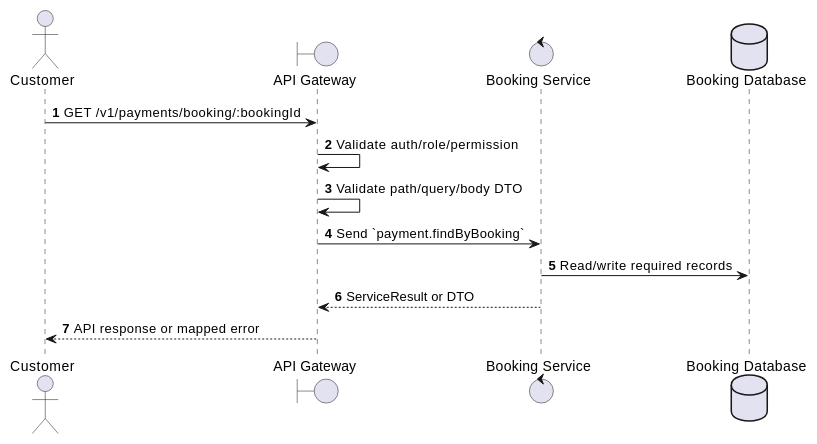
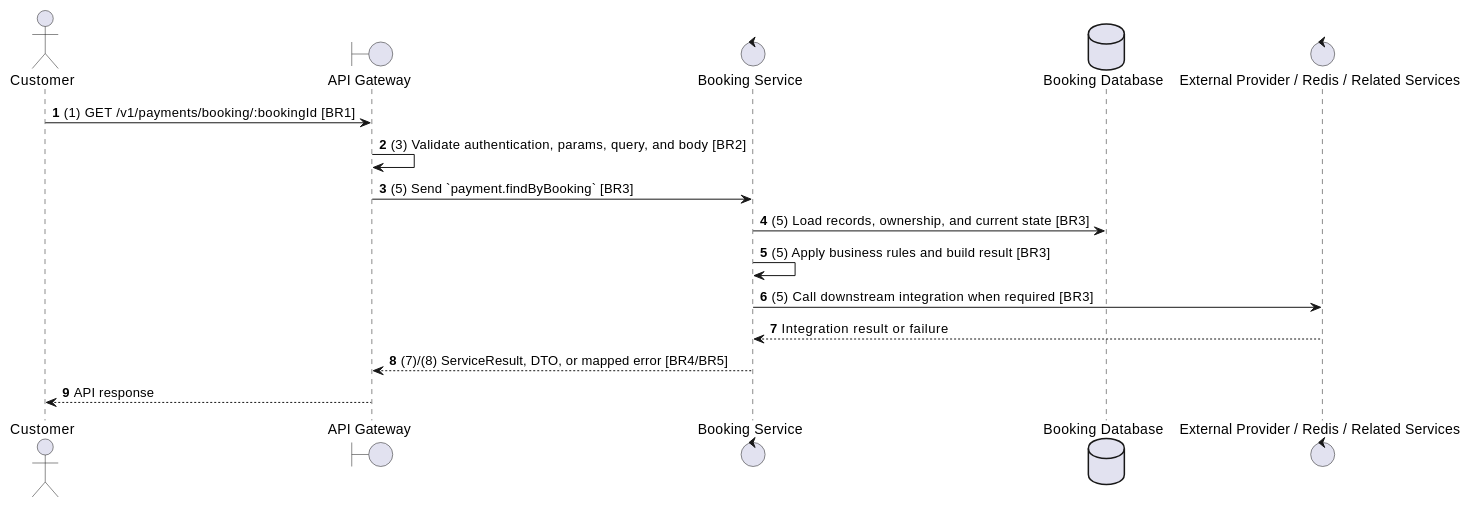
One commit to Tanh1603/movie-hub-architecture changed the second of 2 diagrams in docs/functional_specs/3.6_Payment_Transaction_Module/PY-03_Get_Payments_by_Booking.md. Above: the diagram before and after it, drawn with PlantUML. The commit also changed other lines of this file and 129 other files, not shown here.

````diff
--- a/docs/functional_specs/3.6_Payment_Transaction_Module/PY-03_Get_Payments_by_Booking.md
+++ b/docs/functional_specs/3.6_Payment_Transaction_Module/PY-03_Get_Payments_by_Booking.md
@@ -17,17 +64,20 @@
 ```plantuml
 @startuml
 autonumber
 actor "Customer" as Actor
 boundary "API Gateway" as GW
 control "Booking Service" as SVC
 database "Booking Database" as DB
+control "External Provider / Redis / Related Services" as EXT
 
-Actor -> GW: GET /v1/payments/booking/:bookingId
-GW -> GW: Validate auth/role/permission
-GW -> GW: Validate path/query/body DTO
-GW -> SVC: Send `payment.findByBooking`
-SVC -> DB: Read/write required records
-SVC --> GW: ServiceResult or DTO
-GW --> Actor: API response or mapped error
+Actor -> GW: (1) GET /v1/payments/booking/:bookingId [BR1]
+GW -> GW: (3) Validate authentication, params, query, and body [BR2]
+GW -> SVC: (5) Send `payment.findByBooking` [BR3]
+SVC -> DB: (5) Load records, ownership, and current state [BR3]
+SVC -> SVC: (5) Apply business rules and build result [BR3]
+SVC -> EXT: (5) Call downstream integration when required [BR3]
+EXT --> SVC: Integration result or failure
+SVC --> GW: (7)/(8) ServiceResult, DTO, or mapped error [BR4/BR5]
+GW --> Actor: API response
 @enduml
 ```
````
